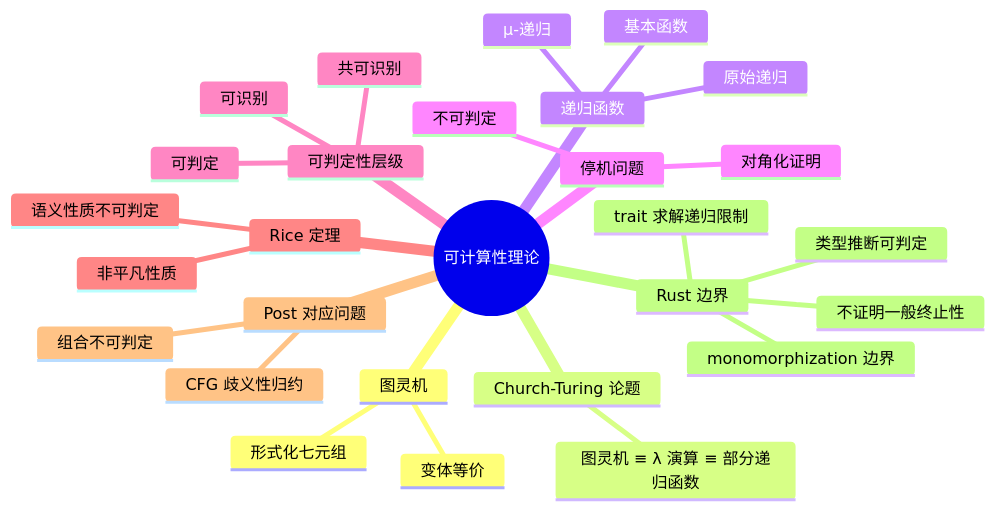
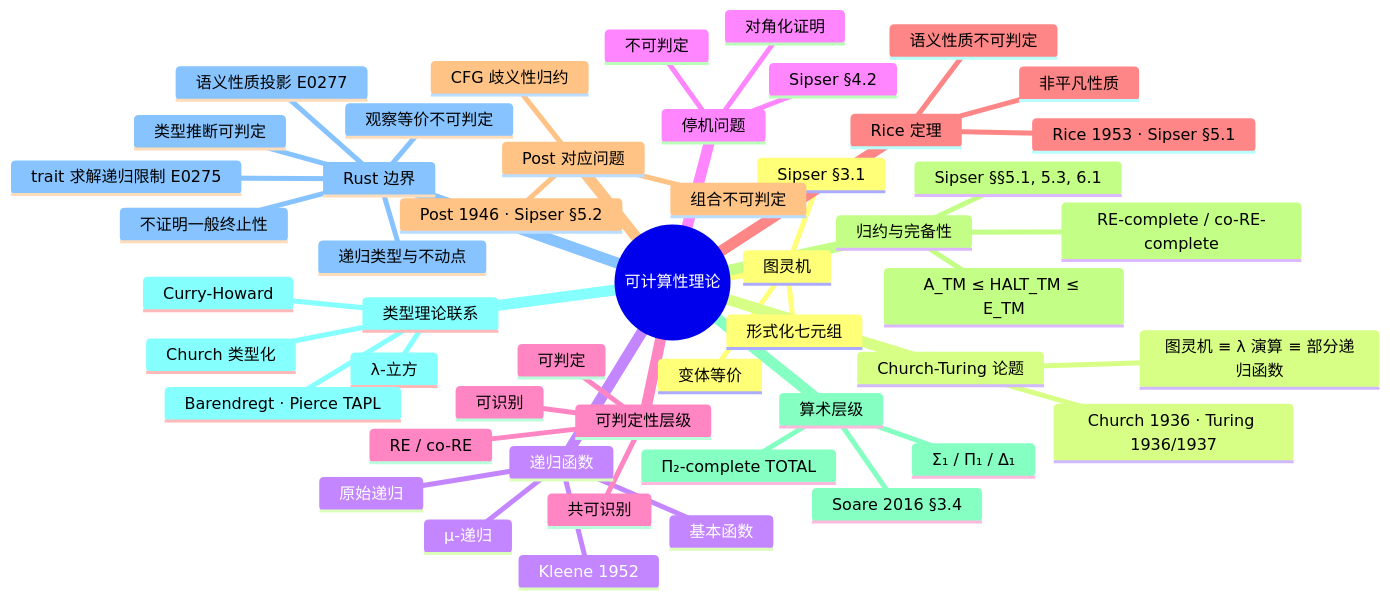
The diagram in concept/04_formal/11_computational_models/02_computability_theory.md (martin-ly/rust-lang), drawn with Mermaid before and after one commit. The commit also changed other lines of this file and 43 other files, not shown here.

````diff
--- a/concept/04_formal/11_computational_models/02_computability_theory.md
+++ b/concept/04_formal/11_computational_models/02_computability_theory.md
@@ -560,31 +864,53 @@
 ```mermaid
 mindmap
   root((可计算性理论))
     图灵机
       形式化七元组
       变体等价
+      Sipser §3.1
     Church-Turing 论题
       图灵机 ≡ λ 演算 ≡ 部分递归函数
+      Church 1936 · Turing 1936/1937
     递归函数
       基本函数
       原始递归
       μ-递归
+      Kleene 1952
     停机问题
       对角化证明
       不可判定
+      Sipser §4.2
     可判定性层级
       可判定
       可识别
       共可识别
+      RE / co-RE
     Rice 定理
       语义性质不可判定
       非平凡性质
+      Rice 1953 · Sipser §5.1
     Post 对应问题
       组合不可判定
       CFG 歧义性归约
+      Post 1946 · Sipser §5.2
+    归约与完备性
+      A_TM ≤ HALT_TM ≤ E_TM
+      RE-complete / co-RE-complete
+      Sipser §§5.1, 5.3, 6.1
+    算术层级
+      Σ₁ / Π₁ / Δ₁
+      Π₂-complete TOTAL
+      Soare 2016 §3.4
+    类型理论联系
+      Curry-Howard
+      Church 类型化
+      λ-立方
+      Barendregt · Pierce TAPL
     Rust 边界
       不证明一般终止性
       类型推断可判定
-      trait 求解递归限制
-      monomorphization 边界
+      trait 求解递归限制 E0275
+      语义性质投影 E0277
+      递归类型与不动点
+      观察等价不可判定
 ```
````
